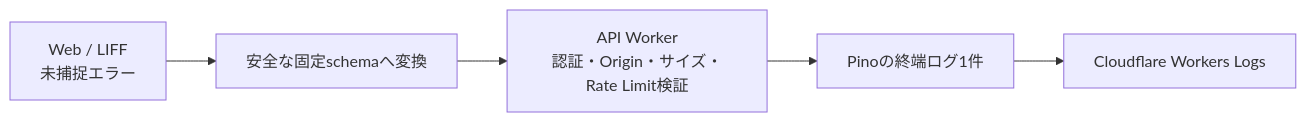
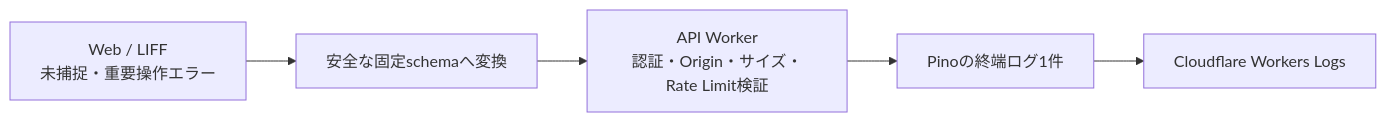
Before and after one commit to kkyosuke/me-builder: the third of 3 diagrams in docs/development/operational-logging.md, drawn with Mermaid. The commit also changed other lines of this file and 52 other files, not shown here.

````diff
--- a/docs/development/operational-logging.md
+++ b/docs/development/operational-logging.md
@@ -180,7 +180,7 @@
 ```mermaid
 flowchart LR
-    A[Web / LIFF<br/>未捕捉エラー] --> B[安全な固定schemaへ変換]
+    A[Web / LIFF<br/>未捕捉・重要操作エラー] --> B[安全な固定schemaへ変換]
     B --> C[API Worker<br/>認証・Origin・サイズ・Rate Limit検証]
     C --> D[Pinoの終端ログ1件]
     D --> E[Cloudflare Workers Logs]
 ```
````
